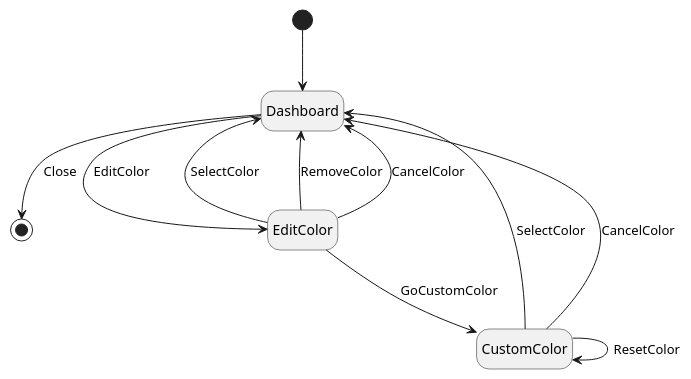
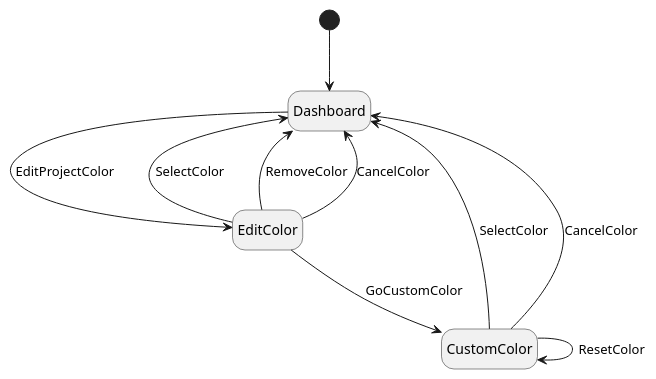
The diagram in assignments/4_model_based_testing/state_machines/state_machine_3.puml (JoaoCostaIFG/tvvs), drawn with PlantUML before and after one commit. The commit also changed 3 other files, not shown here.

```diff
--- a/assignments/4_model_based_testing/state_machines/state_machine_3.puml
+++ b/assignments/4_model_based_testing/state_machines/state_machine_3.puml
@@ -1,17 +1,16 @@
 @startuml
 hide empty description
 
 [*] -d-> Dashboard
 
-Dashboard --> [*] : Close
-Dashboard --> EditColor : EditColor
+Dashboard --> EditColor : EditProjectColor
 
 EditColor --> Dashboard : SelectColor
 EditColor --> Dashboard : RemoveColor
 EditColor --> Dashboard : CancelColor
 EditColor --> CustomColor : GoCustomColor
 
 CustomColor --> Dashboard : SelectColor
 CustomColor --> Dashboard : CancelColor
 CustomColor --> CustomColor : ResetColor
 @enduml
```
